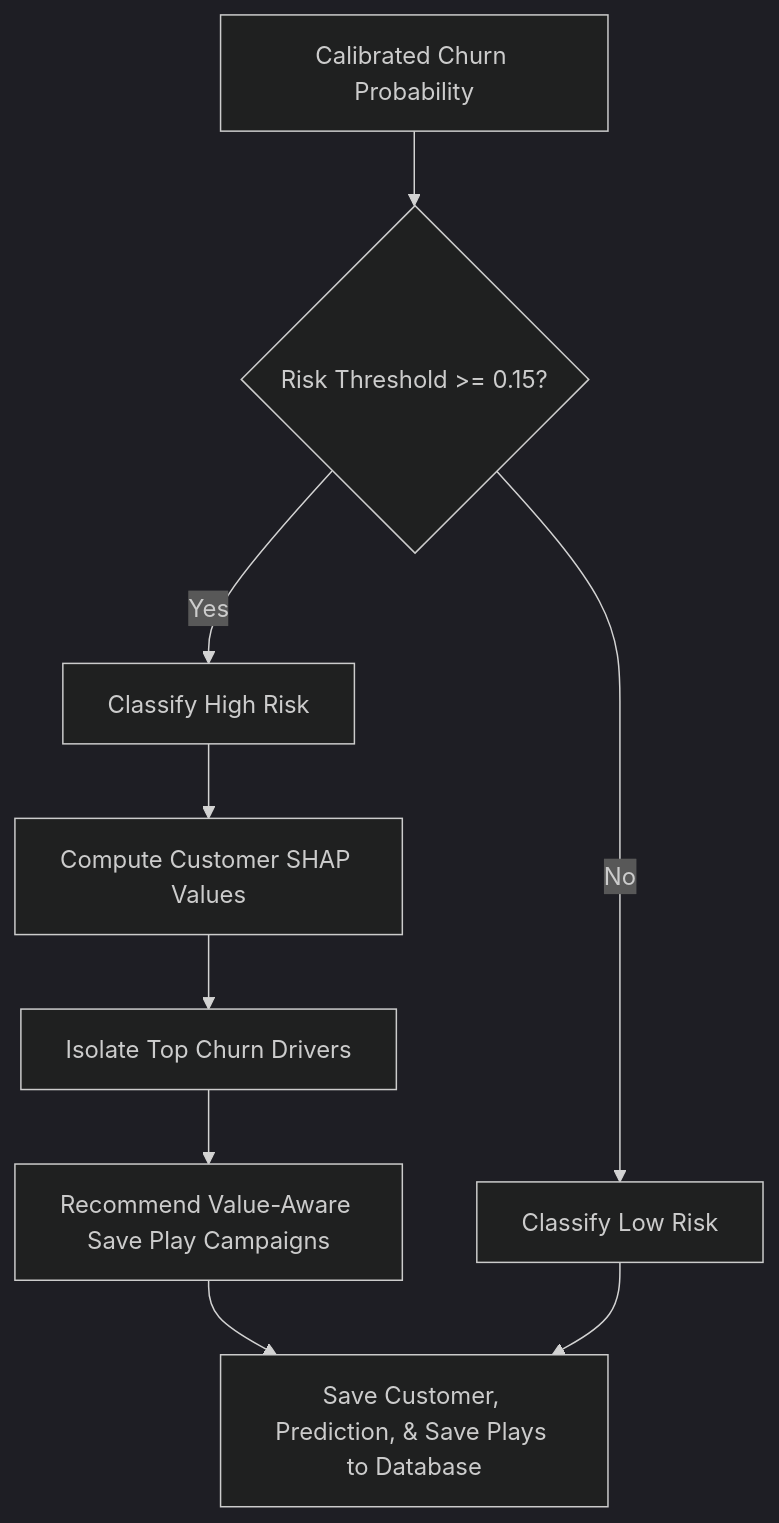
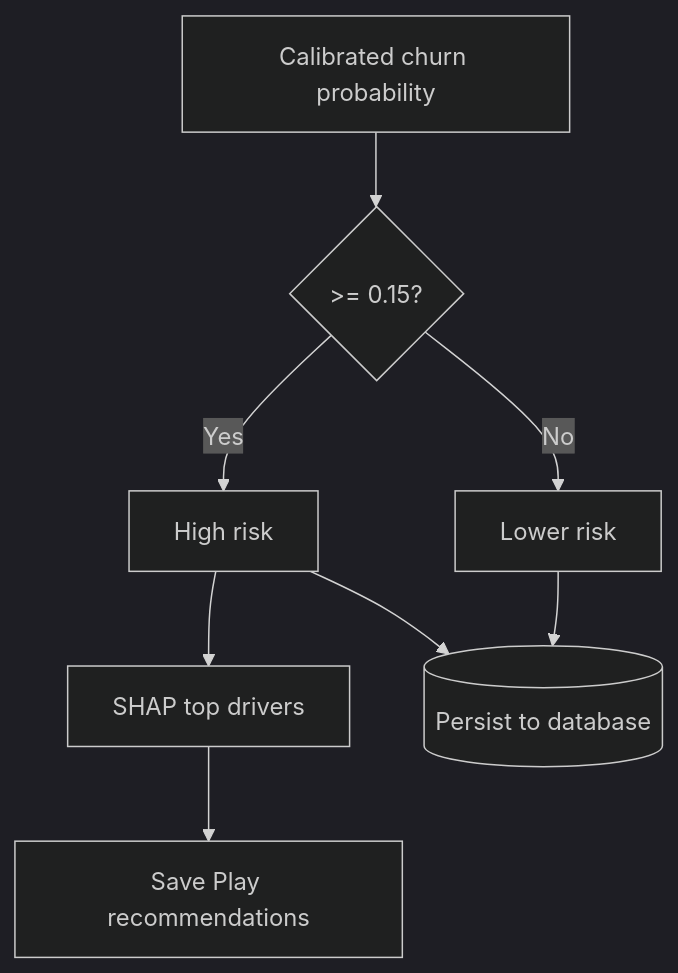
The fourth of 4 diagrams in README.md (krishankantjha/RetainIQ), drawn with Mermaid (dark theme) before and after one commit. The commit also changed other lines of this file, not shown here.

````diff
--- a/README.md
+++ b/README.md
@@ -74,13 +120,10 @@
 ```mermaid
-graph TD
-    CalibratedProb[Calibrated Churn Probability] --> RiskClassification{Risk Threshold >= 0.15?}
-    RiskClassification -->|Yes| HighRisk[Classify High Risk]
-    RiskClassification -->|No| LowRisk[Classify Low Risk]
-    
-    HighRisk --> SHAPExplainer[Compute Customer SHAP Values]
-    SHAPExplainer --> IsolateDrivers[Isolate Top Churn Drivers]
-    IsolateDrivers --> MapPlays[Recommend Value-Aware Save Play Campaigns]
-    
-    MapPlays --> Database[Save Customer, Prediction, & Save Plays to Database]
-    LowRisk --> Database
+flowchart TD
+    P[Calibrated churn probability] --> T{>= 0.15?}
+    T -->|Yes| HR[High risk]
+    T -->|No| LR[Lower risk]
+    HR --> SHAP[SHAP top drivers]
+    SHAP --> SP[Save Play recommendations]
+    HR --> DB[(Persist to database)]
+    LR --> DB
 ```
````
